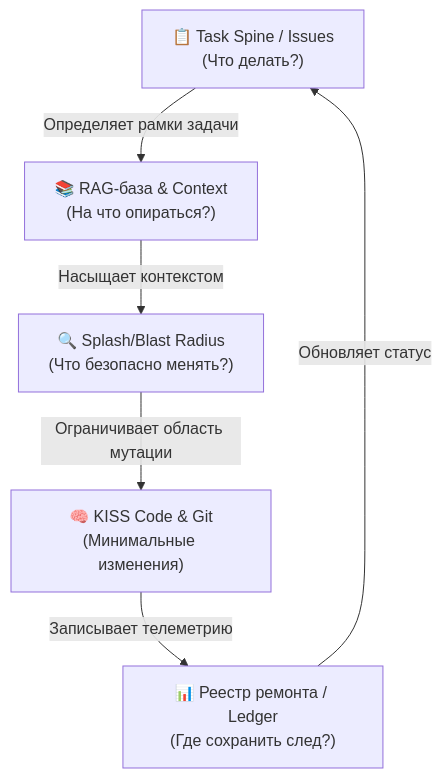
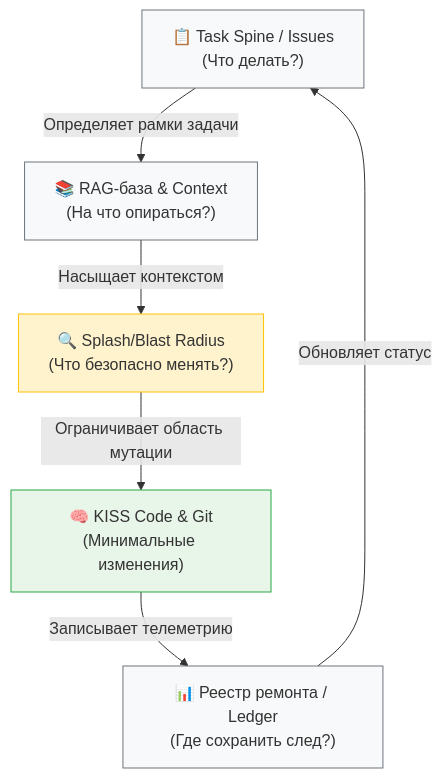
One commit to anton-remide/captain-os changed the third of 5 diagrams in README.md. Above: the diagram before and after it, drawn with Mermaid. The commit also changed other lines of this file, not shown here.

Commit message:
docs: update README with declarative gates, 2026 models, and flow diagrams

````diff
--- a/README.md
+++ b/README.md
@@ -182,8 +201,14 @@
 ```mermaid
 graph TD
     Spine["📋 Task Spine / Issues<br>(Что делать?)"] -->|Определяет рамки задачи| RAG["📚 RAG-база & Context<br>(На что опираться?)"]
     RAG -->|Насыщает контекстом| Radius["🔍 Splash/Blast Radius<br>(Что безопасно менять?)"]
     Radius -->|Ограничивает область мутации| KISS["🧠 KISS Code & Git<br>(Минимальные изменения)"]
     KISS -->|Записывает телеметрию| Ledger["📊 Реестр ремонта / Ledger<br>(Где сохранить след?)"]
     Ledger -->|Обновляет статус| Spine
+
+    style Spine fill:#f8f9fa,stroke:#6c757d,color:#333
+    style RAG fill:#f8f9fa,stroke:#6c757d,color:#333
+    style Radius fill:#fff3cd,stroke:#ffc107,color:#333
+    style KISS fill:#e8f5e9,stroke:#28a745,color:#333
+    style Ledger fill:#f8f9fa,stroke:#6c757d,color:#333
 ```
````
